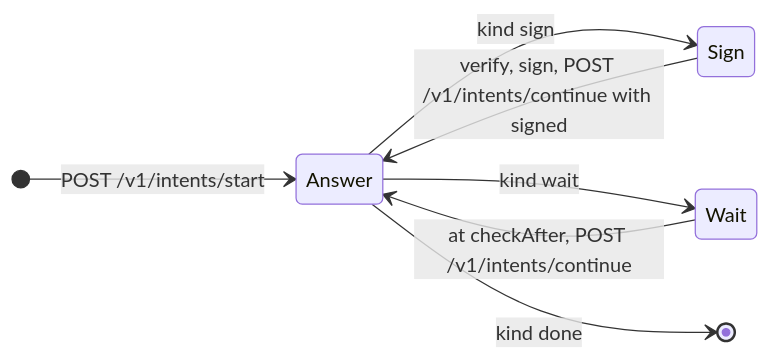
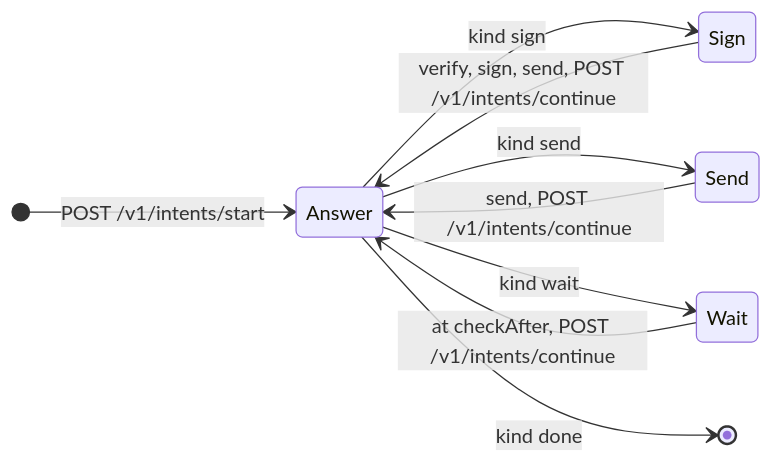
The first of 2 diagrams in packages/sdp-intents/DESIGN.md (solana-foundation/solana-developer-platform), drawn with Mermaid before and after one commit. The commit also changed other lines of this file and 69 other files, not shown here.

````diff
--- a/packages/sdp-intents/DESIGN.md
+++ b/packages/sdp-intents/DESIGN.md
@@ -235,10 +240,12 @@
 ```mermaid
 stateDiagram-v2
   direction LR
   [*] --> Answer: POST /v1/intents/start
   Answer --> Sign: kind sign
+  Answer --> Send: kind send
   Answer --> Wait: kind wait
   Answer --> [*]: kind done
-  Sign --> Answer: verify, sign, POST /v1/intents/continue with signed
+  Sign --> Answer: verify, sign, send, POST /v1/intents/continue
+  Send --> Answer: send, POST /v1/intents/continue
   Wait --> Answer: at checkAfter, POST /v1/intents/continue
 ```
````
